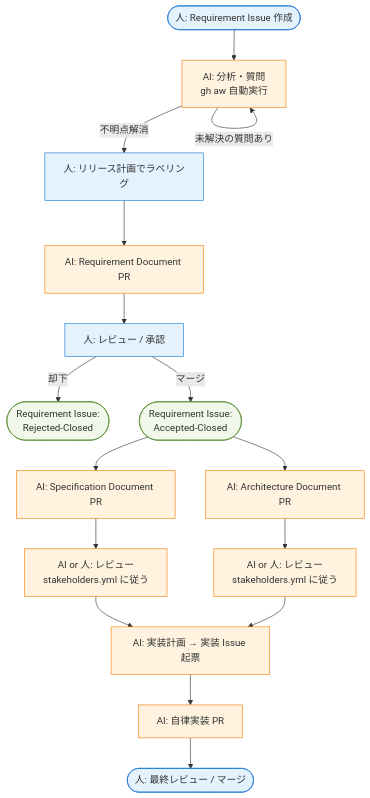
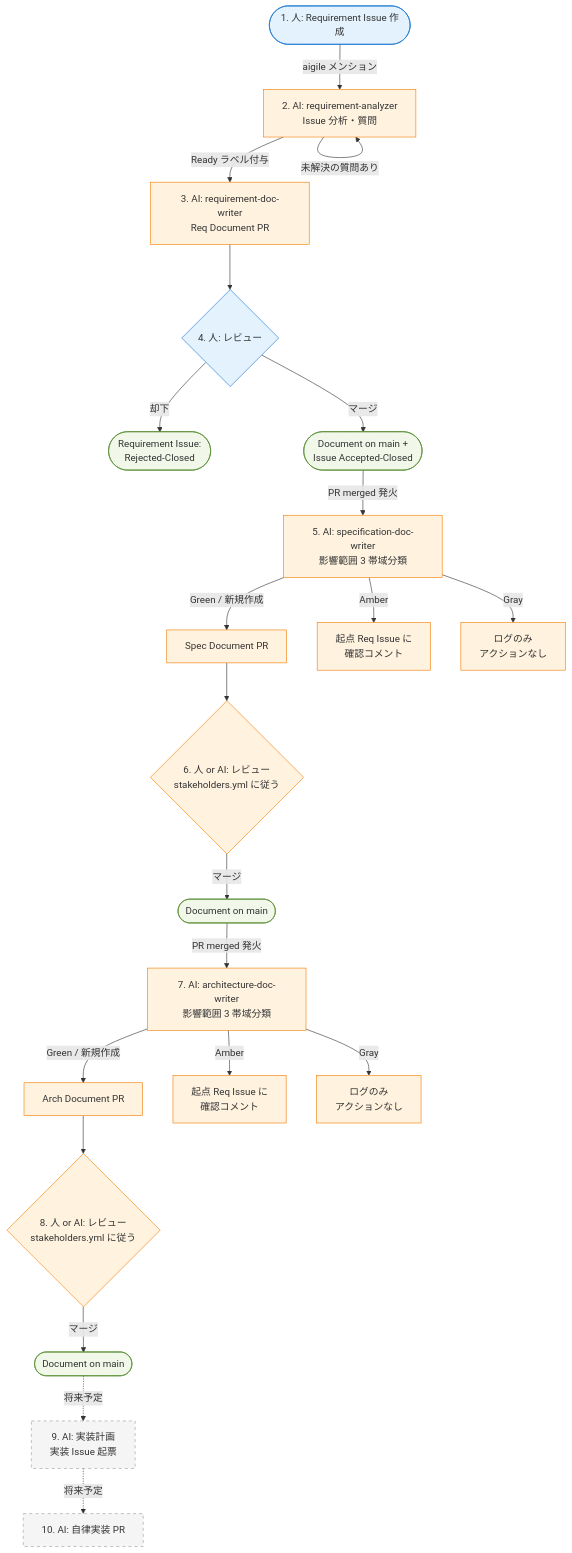
The diagram in docs/workflow.md (yumor-org/aigile), drawn with Mermaid before and after one commit. The commit also changed other lines of this file and 26 other files, not shown here.

First line of the commit message:
ドキュメントを 3 層モデルに再構成し、Spec/Arch カスケードワークフローを追加 (#9)

````diff
--- a/docs/workflow.md
+++ b/docs/workflow.md
@@ -22,26 +28,36 @@
 ```mermaid
 flowchart TD
-    Start([人: Requirement Issue 作成]) --> Analyze[AI: 分析・質問<br/>gh aw 自動実行]
+    Start([1. 人: Requirement Issue 作成]) -->|aigile メンション| Analyze[2. AI: requirement-analyzer<br/>Issue 分析・質問]
     Analyze -->|未解決の質問あり| Analyze
-    Analyze -->|不明点解消| Label[人: リリース計画でラベリング]
-    Label --> ReqPR[AI: Requirement Document PR]
-    ReqPR --> ReqReview[人: レビュー / 承認]
-    ReqReview -->|却下| Rejected([Requirement Issue:<br/>Rejected-Closed])
-    ReqReview -->|マージ| Accepted([Requirement Issue:<br/>Accepted-Closed])
-    Accepted --> SpecPR[AI: Specification Document PR]
-    Accepted --> ArchPR[AI: Architecture Document PR]
-    SpecPR --> SpecReview[AI or 人: レビュー<br/>stakeholders.yml に従う]
-    ArchPR --> ArchReview[AI or 人: レビュー<br/>stakeholders.yml に従う]
-    SpecReview --> Plan[AI: 実装計画 → 実装 Issue 起票]
-    ArchReview --> Plan
-    Plan --> Impl[AI: 自律実装 PR]
-    Impl --> Final([人: 最終レビュー / マージ])
+    Analyze -->|Ready ラベル付与| ReqPR[3. AI: requirement-doc-writer<br/>Req Document PR]
+    ReqPR --> ReqReview{4. 人: レビュー}
+    ReqReview -->|却下| RejectClose([Requirement Issue:<br/>Rejected-Closed])
+    ReqReview -->|マージ| ReqMerged([Document on main +<br/>Issue Accepted-Closed])
+
+    ReqMerged -->|PR merged 発火| SpecAnalyze[5. AI: specification-doc-writer<br/>影響範囲 3 帯域分類]
+    SpecAnalyze -->|Green / 新規作成| SpecPR[Spec Document PR]
+    SpecAnalyze -->|Amber| SpecComment[起点 Req Issue に<br/>確認コメント]
+    SpecAnalyze -->|Gray| SpecLog[ログのみ<br/>アクションなし]
+    SpecPR --> SpecReview{6. 人 or AI: レビュー<br/>stakeholders.yml に従う}
+    SpecReview -->|マージ| SpecMerged([Document on main])
+
+    SpecMerged -->|PR merged 発火| ArchAnalyze[7. AI: architecture-doc-writer<br/>影響範囲 3 帯域分類]
+    ArchAnalyze -->|Green / 新規作成| ArchPR[Arch Document PR]
+    ArchAnalyze -->|Amber| ArchComment[起点 Req Issue に<br/>確認コメント]
+    ArchAnalyze -->|Gray| ArchLog[ログのみ<br/>アクションなし]
+    ArchPR --> ArchReview{8. 人 or AI: レビュー<br/>stakeholders.yml に従う}
+    ArchReview -->|マージ| ArchMerged([Document on main])
+
+    ArchMerged -.->|将来予定| Plan[9. AI: 実装計画<br/>実装 Issue 起票]
+    Plan -.->|将来予定| Impl[10. AI: 自律実装 PR]
 
     classDef human fill:#e3f2fd,stroke:#1976d2
     classDef ai fill:#fff3e0,stroke:#f57c00
     classDef terminal fill:#f1f8e9,stroke:#558b2f
-    class Start,Label,ReqReview,Final human
-    class Analyze,ReqPR,SpecPR,ArchPR,Plan,Impl ai
-    class Accepted,Rejected terminal
+    classDef future fill:#f5f5f5,stroke:#9e9e9e,stroke-dasharray: 5 5
+    class Start,ReqReview human
+    class Analyze,ReqPR,SpecAnalyze,SpecPR,SpecComment,SpecLog,ArchAnalyze,ArchPR,ArchComment,ArchLog ai
+    class RejectClose,ReqMerged,SpecMerged,ArchMerged terminal
     class SpecReview,ArchReview ai
+    class Plan,Impl future
 ```
````
